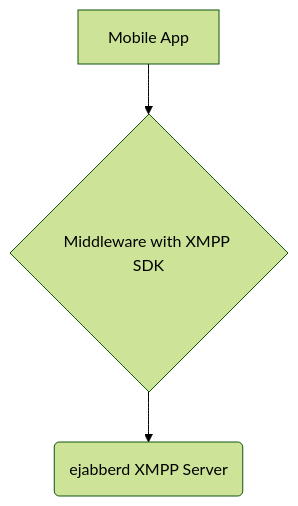
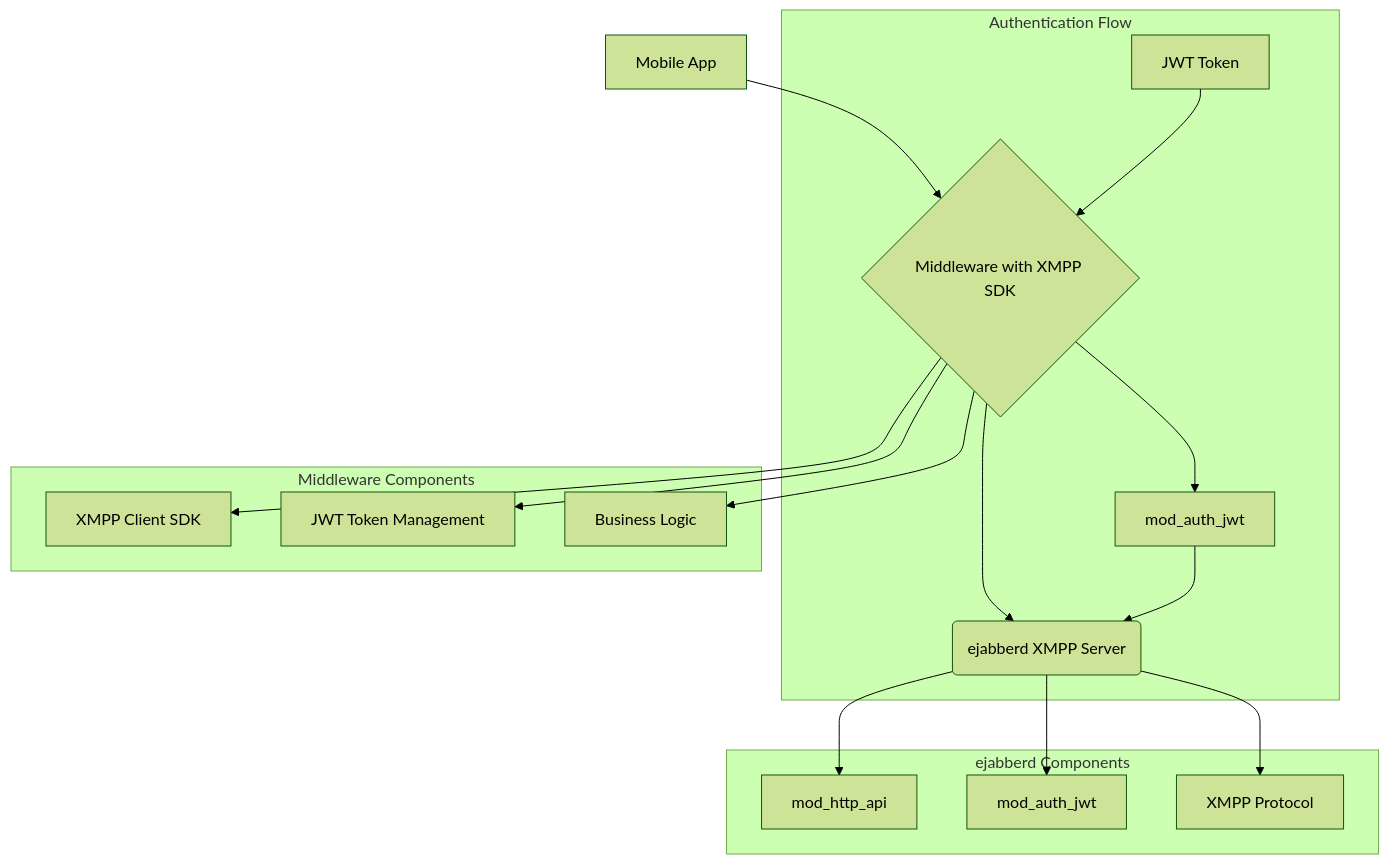
Before and after one commit to sanlanka/k8s-helm-ejabberd: the diagram in README-overview.md, drawn with Mermaid (forest theme). The commit also changed other lines of this file, not shown here.

````diff
--- a/README-overview.md
+++ b/README-overview.md
@@ -9,5 +9,23 @@
 ```mermaid
 graph TD;
     A[Mobile App] --> B{Middleware with XMPP SDK};
     B --> C(ejabberd XMPP Server);
+    
+    subgraph "Authentication Flow"
+        D[JWT Token] --> B
+        B --> E[mod_auth_jwt]
+        E --> C
+    end
+    
+    subgraph "ejabberd Components"
+        C --> F[mod_http_api]
+        C --> G[mod_auth_jwt]
+        C --> H[XMPP Protocol]
+    end
+    
+    subgraph "Middleware Components"
+        B --> I[XMPP Client SDK]
+        B --> J[JWT Token Management]
+        B --> K[Business Logic]
+    end
 ```
````
